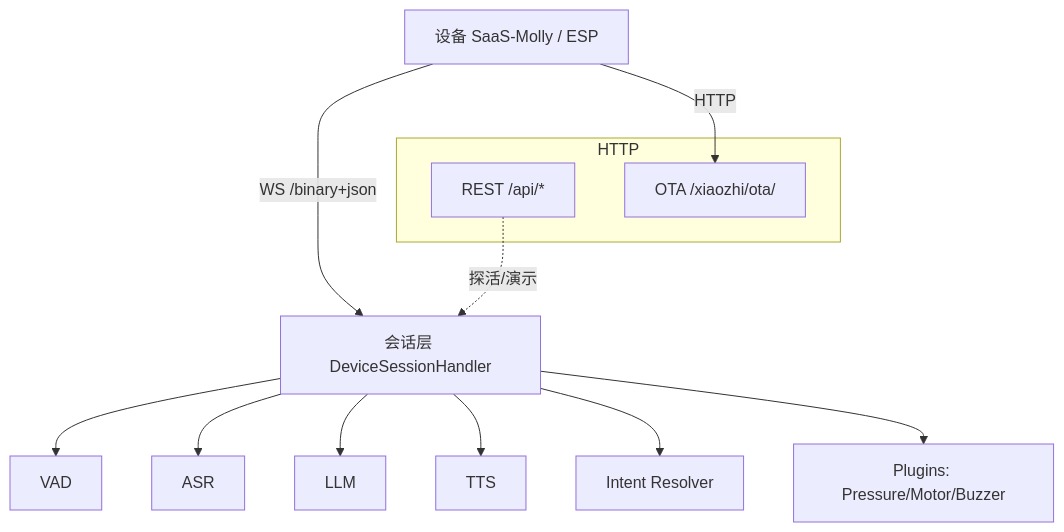
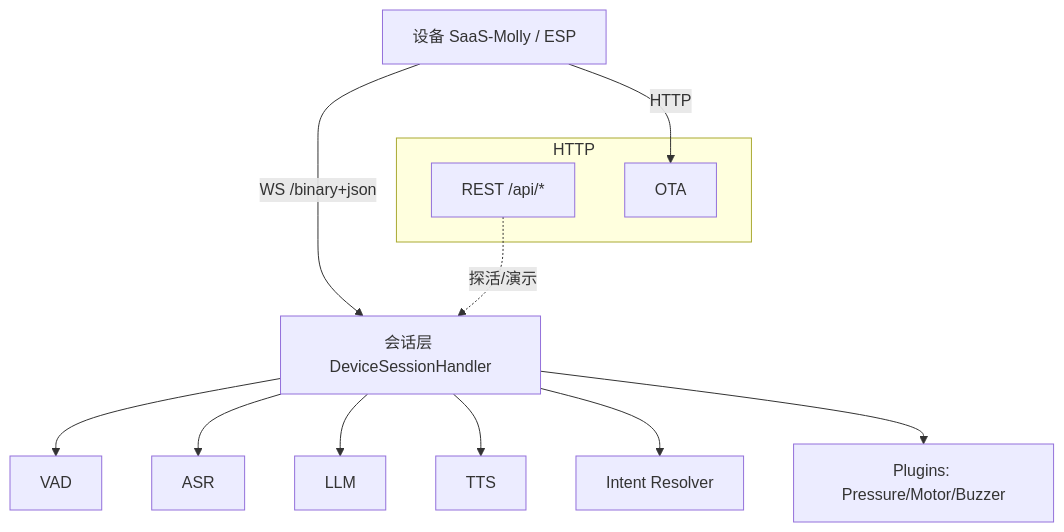
The first of 2 diagrams in README.md (000614/002), drawn with Mermaid before and after one commit. The commit also changed other lines of this file, not shown here.

````diff
--- a/README.md
+++ b/README.md
@@ -44,18 +44,18 @@
 ```mermaid
 graph TD
     A[设备 SaaS-Molly / ESP] -- WS /binary+json--> B[会话层 DeviceSessionHandler]
     B --> V[VAD]
     B --> S[ASR]
     B --> L[LLM]
     B --> T[TTS]
     B --> I[Intent Resolver]
     B --> P[Plugins: Pressure/Motor/Buzzer]
 
     subgraph HTTP
       R[REST /api/*]
-      O[OTA /xiaozhi/ota/]
+      O[OTA]
     end
 
     A -- HTTP --> O
     R -. 探活/演示 .-> B
 ```
````
